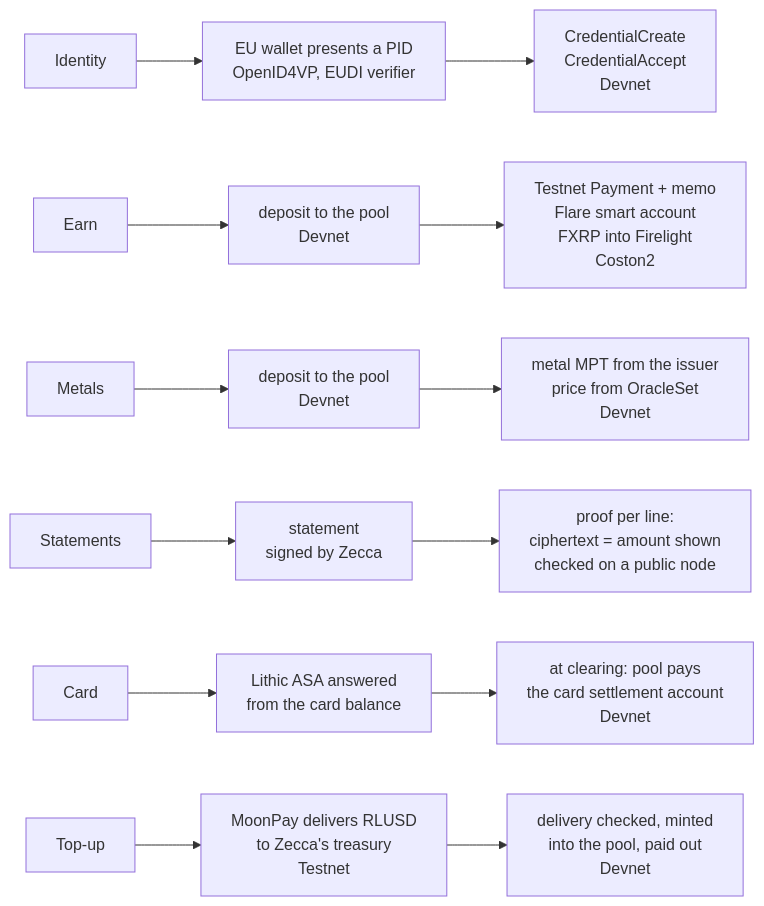
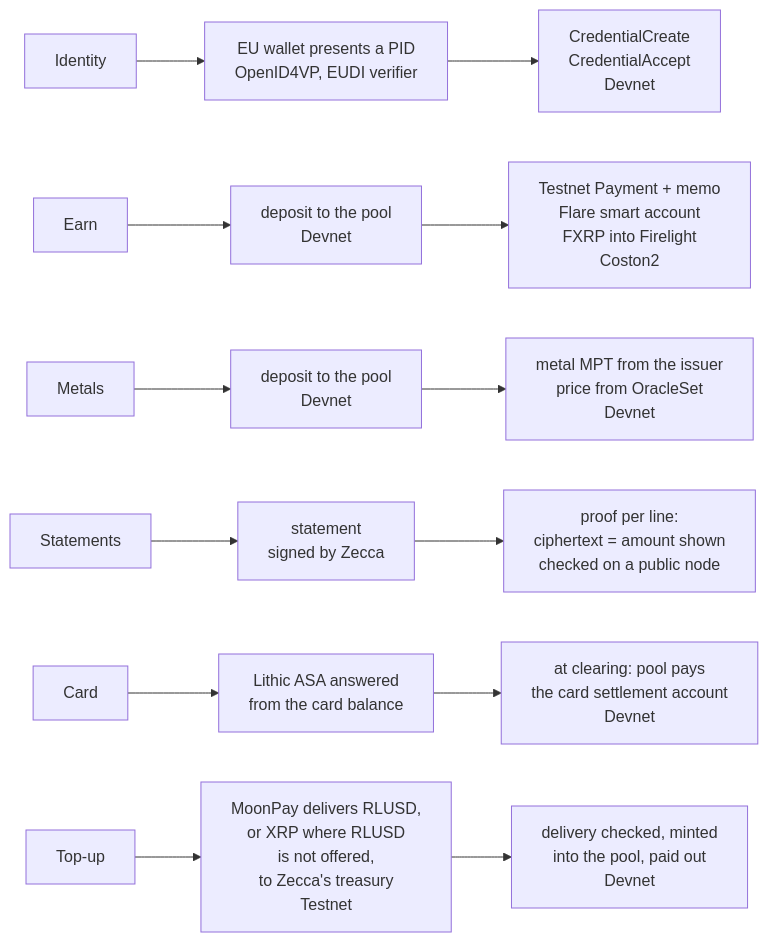
The sixth of 6 diagrams in README.md (FehlmannDy/Zecca), drawn with Mermaid before and after one commit. The commit also changed other lines of this file and 1 other file, not shown here.

Commit message:
docs: MoonPay XRP fallback from the EU/EEA, readable architecture diagram with its own pool store, sign-up and pay page labels match the code

````diff
--- a/README.md
+++ b/README.md
@@ -217,9 +210,9 @@
 ```mermaid
 flowchart LR
   id["Identity"] --> id2["EU wallet presents a PID<br/>OpenID4VP, EUDI verifier"] --> id3["CredentialCreate<br/>CredentialAccept<br/>Devnet"]
   earn["Earn"] --> e2["deposit to the pool<br/>Devnet"] --> e3["Testnet Payment + memo<br/>Flare smart account<br/>FXRP into Firelight<br/>Coston2"]
   metals["Metals"] --> m2["deposit to the pool<br/>Devnet"] --> m3["metal MPT from the issuer<br/>price from OracleSet<br/>Devnet"]
   st["Statements"] --> s2["statement<br/>signed by Zecca"] --> s3["proof per line:<br/>ciphertext = amount shown<br/>checked on a public node"]
   card["Card"] --> c2["Lithic ASA answered<br/>from the card balance"] --> c3["at clearing: pool pays<br/>the card settlement account<br/>Devnet"]
-  topup["Top-up"] --> t2["MoonPay delivers RLUSD<br/>to Zecca's treasury<br/>Testnet"] --> t3["delivery checked, minted<br/>into the pool, paid out<br/>Devnet"]
+  topup["Top-up"] --> t2["MoonPay delivers RLUSD,<br/>or XRP where RLUSD<br/>is not offered,<br/>to Zecca's treasury<br/>Testnet"] --> t3["delivery checked, minted<br/>into the pool, paid out<br/>Devnet"]
 ```
````
